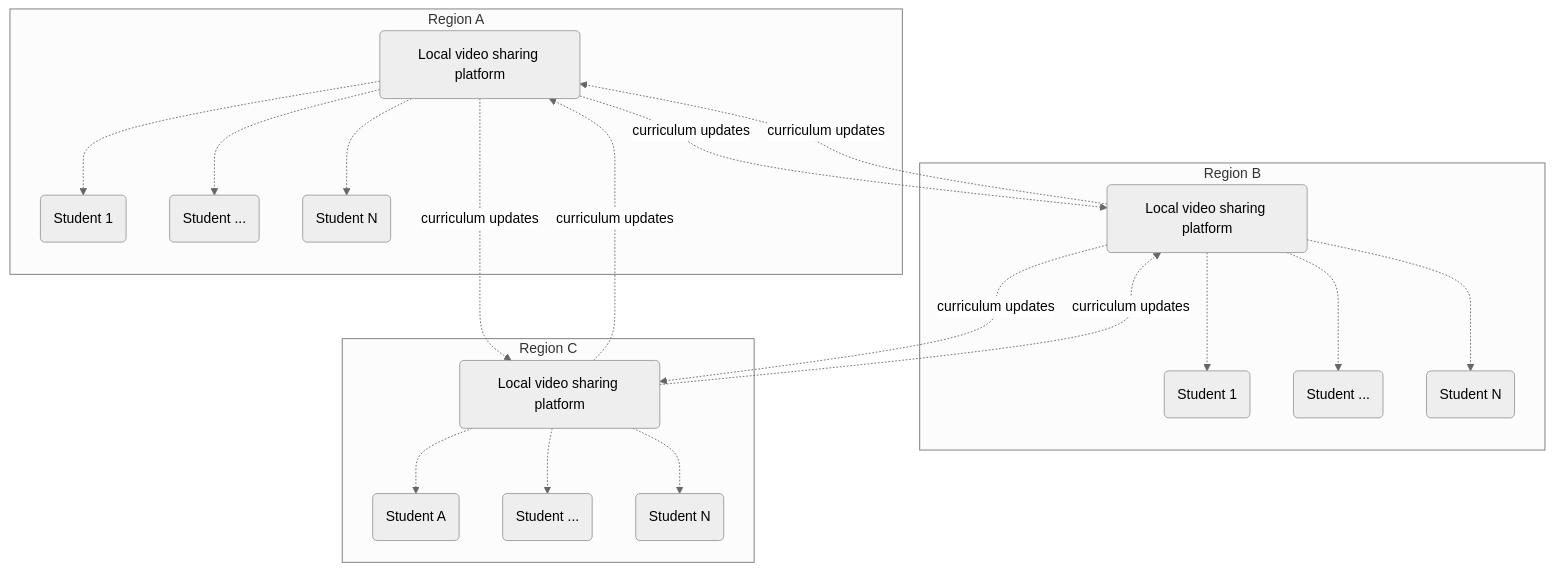
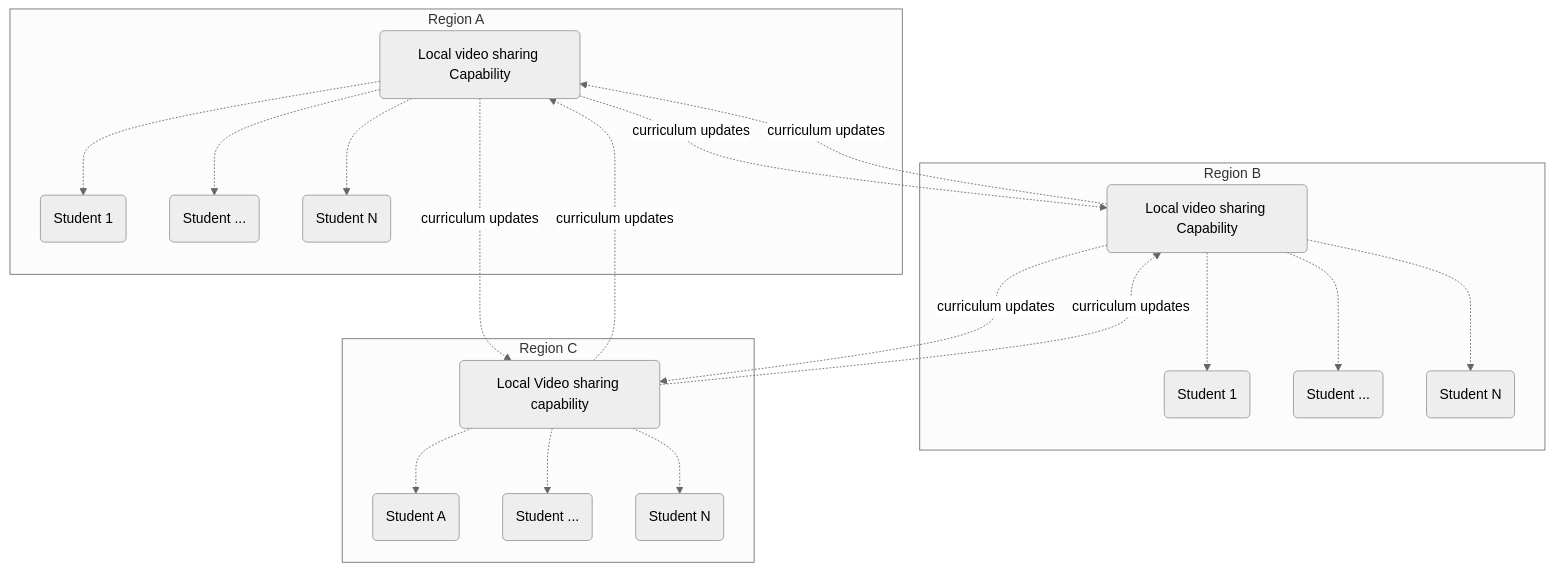
The second of 2 diagrams in docs/feasibility_study/src/Capabilities/Education.md (ourworldventures/ourworld_books_OLD), drawn with Mermaid (neutral theme) before and after one commit. The commit also changed 36 other files, not shown here.

````diff
--- a/docs/feasibility_study/src/Capabilities/Education.md
+++ b/docs/feasibility_study/src/Capabilities/Education.md
@@ -63,40 +63,40 @@
 ```mermaid
 graph TD
     subgraph Region A
         INDIVIDUALAA(Student 1)
         INDIVIDUALAC(Student ...)
         INDIVIDUALAD(Student N)
-        VIDEOPLATFORMA(Local video sharing platform)
+        VIDEOPLATFORMA(Local video sharing Capability)
         VIDEOPLATFORMA .-> INDIVIDUALAA
         VIDEOPLATFORMA .-> INDIVIDUALAC
         VIDEOPLATFORMA .-> INDIVIDUALAD
     end
 
     subgraph Region B
         INDIVIDUALBA(Student 1)
         INDIVIDUALBC(Student ...)
         INDIVIDUALBD(Student N)
-        VIDEOPLATFORMB(Local video sharing platform)
+        VIDEOPLATFORMB(Local video sharing Capability)
         VIDEOPLATFORMB .-> INDIVIDUALBA
         VIDEOPLATFORMB .-> INDIVIDUALBC
         VIDEOPLATFORMB .-> INDIVIDUALBD
     end   
 
     subgraph Region C
         INDIVIDUALCA(Student A)
         INDIVIDUALCC(Student ...)
         INDIVIDUALCD(Student N)
-        VIDEOPLATFORMC(Local video sharing platform)
+        VIDEOPLATFORMC(Local Video sharing capability)
         VIDEOPLATFORMC .-> INDIVIDUALCA
         VIDEOPLATFORMC .-> INDIVIDUALCC
         VIDEOPLATFORMC .-> INDIVIDUALCD
     end   
 
     VIDEOPLATFORMA .->|curriculum updates| VIDEOPLATFORMB
     VIDEOPLATFORMB .->|curriculum updates| VIDEOPLATFORMC
     VIDEOPLATFORMA .->|curriculum updates| VIDEOPLATFORMC
 
     VIDEOPLATFORMC .->|curriculum updates| VIDEOPLATFORMB
     VIDEOPLATFORMC .->|curriculum updates| VIDEOPLATFORMA
     VIDEOPLATFORMB .->|curriculum updates| VIDEOPLATFORMA
 ```
````
